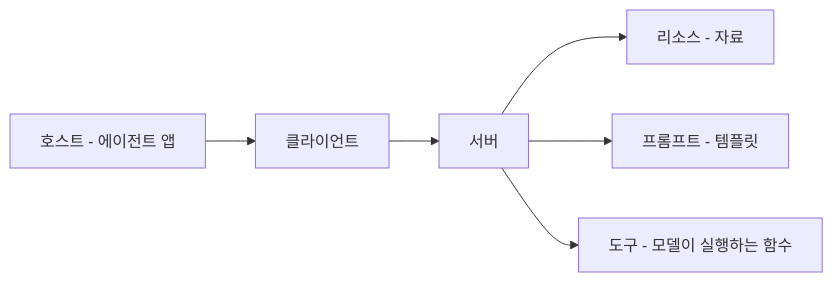
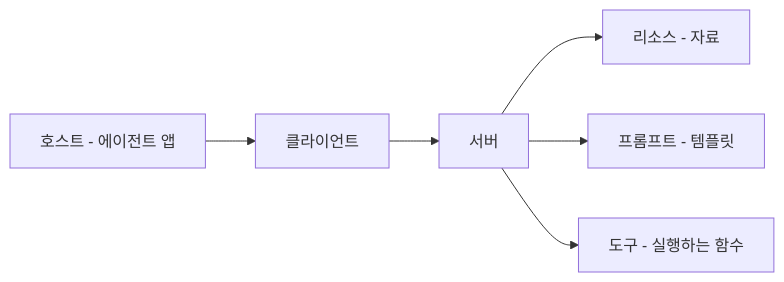
Before and after one commit to YoungSan77/TrainingMaterials: the second of 3 diagrams in courses/ai-native/sessions/s06.md, drawn with Mermaid. The commit also changed other lines of this file and 29 other files, not shown here.

````diff
--- a/courses/ai-native/sessions/s06.md
+++ b/courses/ai-native/sessions/s06.md
@@ -165,8 +164,8 @@
 ```mermaid
 flowchart LR
     H["호스트 - 에이전트 앱"] --> C["클라이언트"]
     C --> S["서버"]
     S --> R["리소스 - 자료"]
     S --> P["프롬프트 - 템플릿"]
-    S --> T["도구 - 모델이 실행하는 함수"]
+    S --> T["도구 - 실행하는 함수"]
 ```
````
